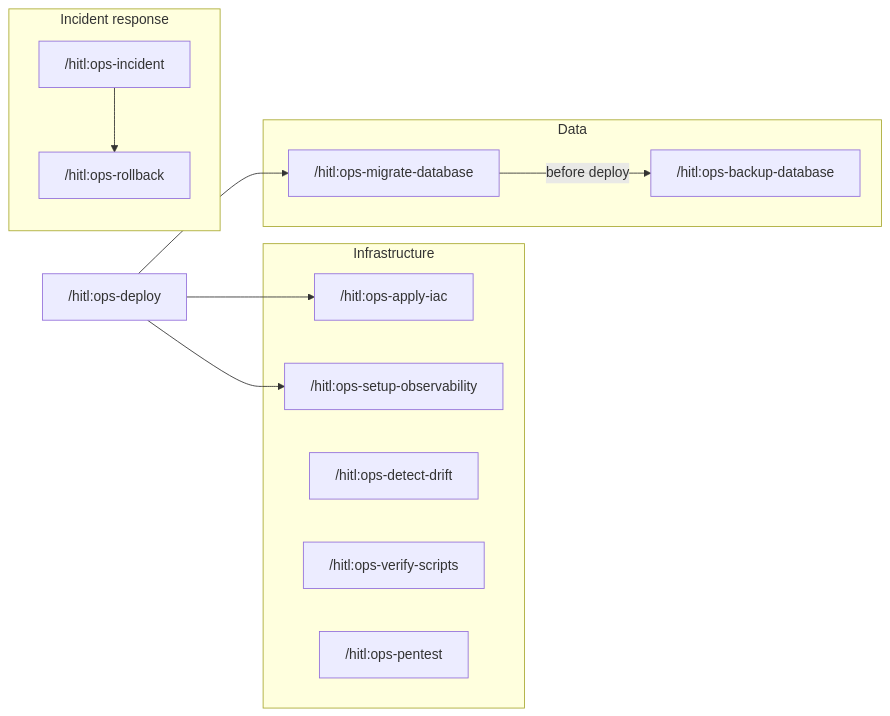
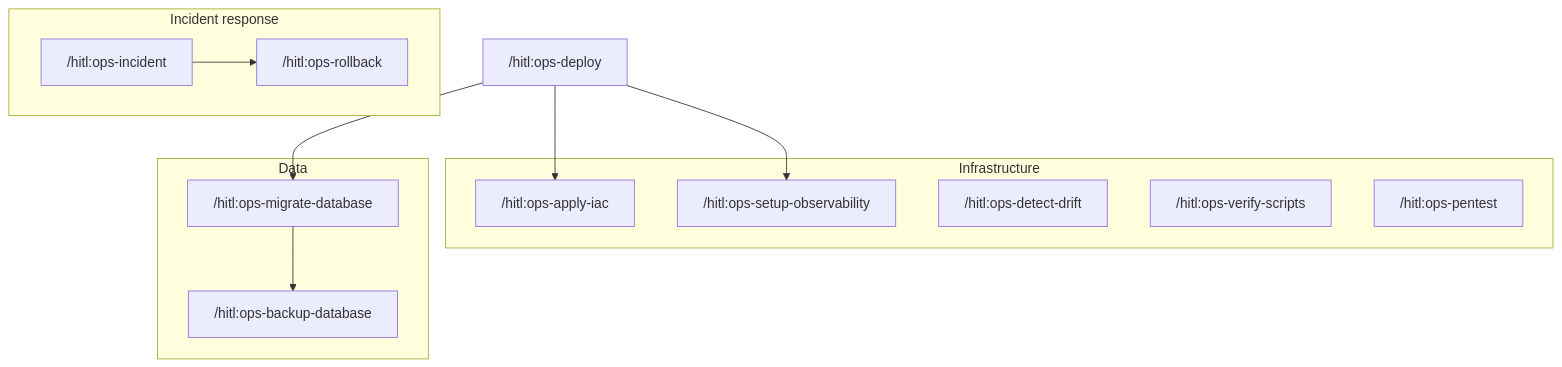
One commit to Prasad-Apparaju/hitl-dev-platform changed the fourth of 4 diagrams in docs/command-map.md. Above: the diagram before and after it, drawn with Mermaid. The commit also changed other lines of this file, not shown here.

First line of the commit message:
fix(docs): rewrite command-map Mermaid diagrams for cross-renderer compatibility

````diff
--- a/docs/command-map.md
+++ b/docs/command-map.md
@@ -157,27 +143,28 @@
 ```mermaid
-graph LR
+graph TB
+  deploy["/hitl:ops-deploy"]
+
   subgraph INFRA["Infrastructure"]
     iac["/hitl:ops-apply-iac"]
     obs["/hitl:ops-setup-observability"]
     drift["/hitl:ops-detect-drift"]
     vs["/hitl:ops-verify-scripts"]
     pt["/hitl:ops-pentest"]
   end
 
   subgraph DATA["Data"]
     mdb["/hitl:ops-migrate-database"]
     bdb["/hitl:ops-backup-database"]
-    mdb -->|"before deploy"| bdb
   end
 
   subgraph INCIDENT["Incident response"]
     inc["/hitl:ops-incident"]
     roll["/hitl:ops-rollback"]
     inc --> roll
   end
 
-  deploy["/hitl:ops-deploy"]
   deploy --> iac
+  deploy --> obs
   deploy --> mdb
-  deploy --> obs
+  mdb --> bdb
 ```
````
